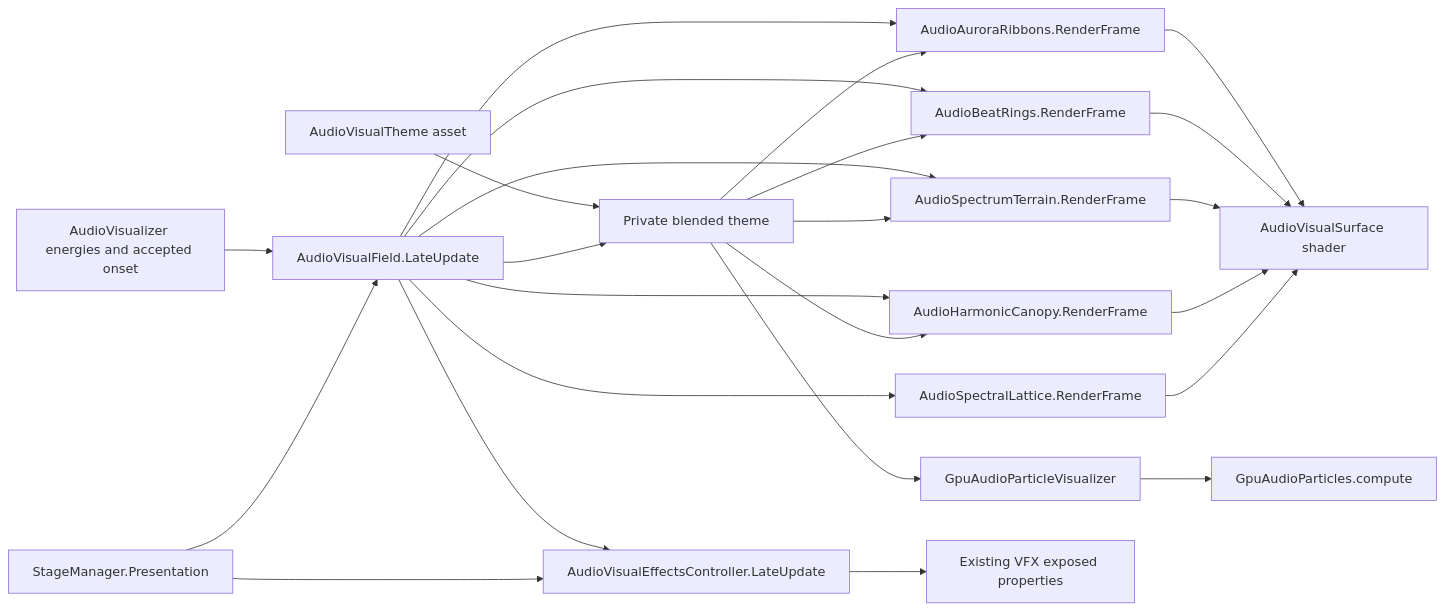
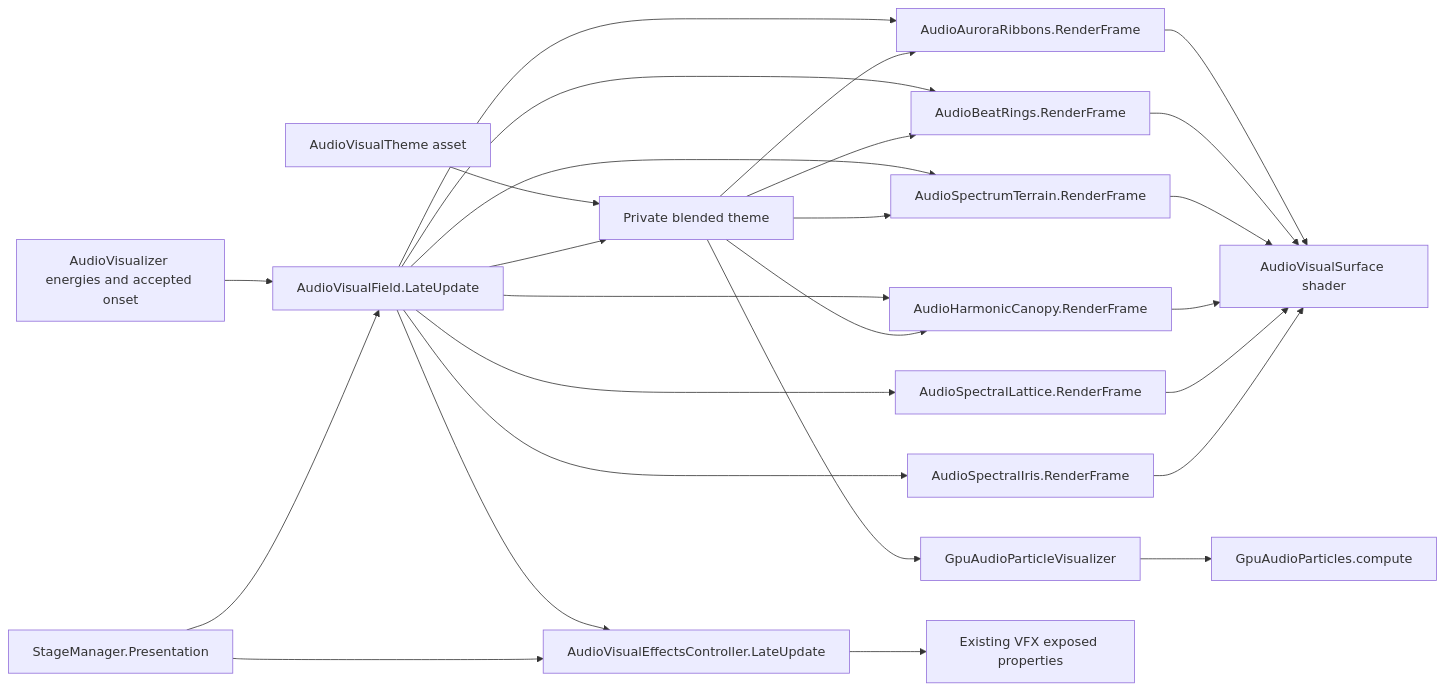
Before and after one commit to kukudia/MR-VD: the diagram in docs/visual-research.md, drawn with Mermaid. The commit also changed other lines of this file and 15 other files, not shown here.

First line of the commit message:
Add detailed spectral iris sculpture and Opal look

````diff
--- a/docs/visual-research.md
+++ b/docs/visual-research.md
@@ -45,26 +45,28 @@
 ```mermaid
 flowchart LR
     A[AudioVisualizer energies and accepted onset] --> F[AudioVisualField.LateUpdate]
     S[StageManager.Presentation] --> F
     T[AudioVisualTheme asset] --> B[Private blended theme]
     F --> B
     F --> R[AudioAuroraRibbons.RenderFrame]
     F --> P[AudioBeatRings.RenderFrame]
     F --> H[AudioSpectrumTerrain.RenderFrame]
     F --> K[AudioHarmonicCanopy.RenderFrame]
     F --> L[AudioSpectralLattice.RenderFrame]
+    F --> I[AudioSpectralIris.RenderFrame]
     B --> R
     B --> P
     B --> H
     B --> K
     B --> G[GpuAudioParticleVisualizer]
     F --> V[AudioVisualEffectsController.LateUpdate]
     S --> V
     V --> Q[Existing VFX exposed properties]
     G --> C[GpuAudioParticles.compute]
     R --> M[AudioVisualSurface shader]
     P --> M
     H --> M
     K --> M
     L --> M
+    I --> M
 ```
````
